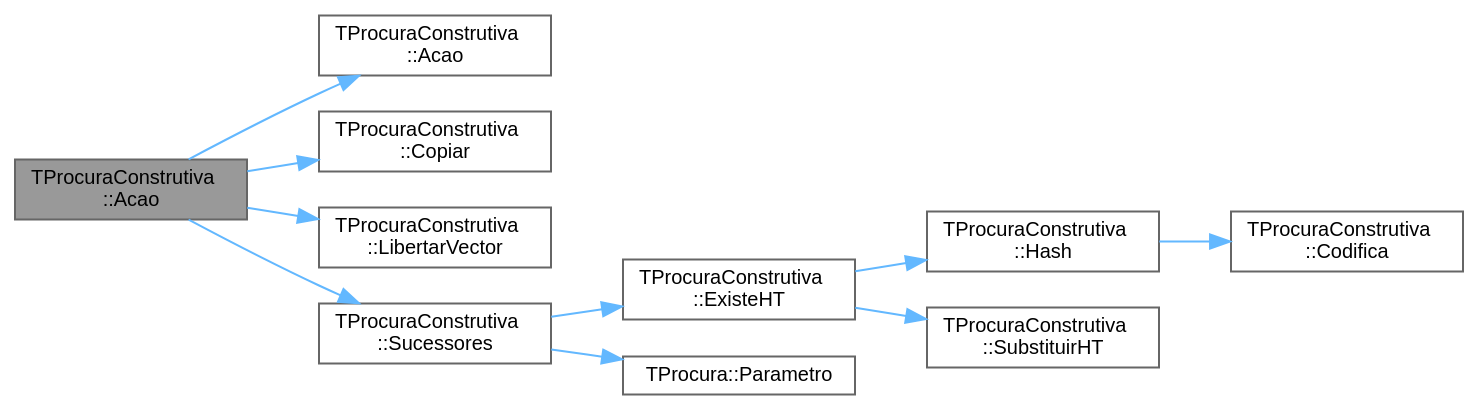
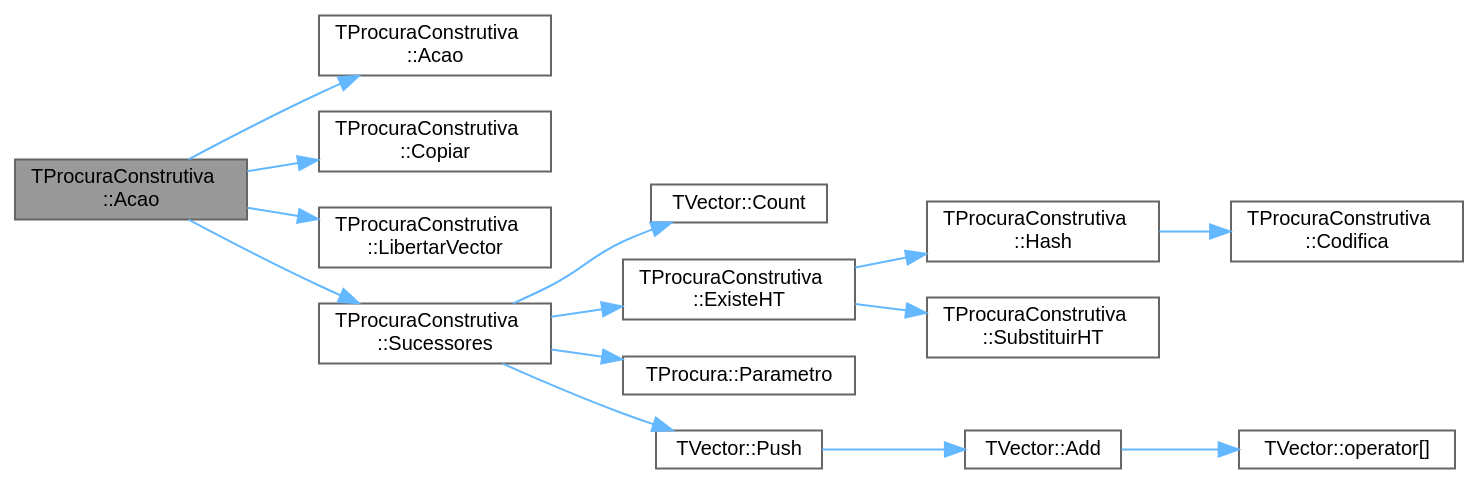
The diagram in group__RedefinicaoOpcional_gacccf4fbb52126ba19bfc456c0c6d5214_cgraph.dot (jcoelho72/TProcura), drawn with Graphviz before and after one commit. The commit also changed 331 other files, not shown here.

```diff
--- a/group__RedefinicaoOpcional_gacccf4fbb52126ba19bfc456c0c6d5214_cgraph.dot
+++ b/group__RedefinicaoOpcional_gacccf4fbb52126ba19bfc456c0c6d5214_cgraph.dot
@@ -1,27 +1,35 @@
 digraph "TProcuraConstrutiva::Acao"
 {
  // LATEX_PDF_SIZE
   bgcolor="transparent";
   edge [fontname=Helvetica,fontsize=10,labelfontname=Helvetica,labelfontsize=10];
   node [fontname=Helvetica,fontsize=10,shape=box,height=0.2,width=0.4];
   rankdir="LR";
   Node1 [id="Node000001",label="TProcuraConstrutiva\l::Acao",height=0.2,width=0.4,color="gray40", fillcolor="grey60", style="filled", fontcolor="black",tooltip="Executa a ação (movimento, passo, jogada, lance, etc.) no estado atual."];
   Node1 -> Node2 [id="edge1_Node000001_Node000002",color="steelblue1",style="solid",tooltip=" "];
   Node2 [id="Node000002",label="TProcuraConstrutiva\l::Acao",height=0.2,width=0.4,color="grey40", fillcolor="white", style="filled",URL="$group__RedefinicaoSugerida.html#gacbc6e34f3a403d26d806f37b5cd739f6",tooltip="Retorna a ação (movimento, passo, jogada, lance, etc.) que gerou o sucessor."];
   Node1 -> Node3 [id="edge2_Node000001_Node000003",color="steelblue1",style="solid",tooltip=" "];
   Node3 [id="Node000003",label="TProcuraConstrutiva\l::Copiar",height=0.2,width=0.4,color="grey40", fillcolor="white", style="filled",URL="$group__RedefinicaoMandatoria.html#ga92eb7af76e68a20fe542afb459e7d642",tooltip="Fica com uma cópia do objecto."];
   Node1 -> Node4 [id="edge3_Node000001_Node000004",color="steelblue1",style="solid",tooltip=" "];
   Node4 [id="Node000004",label="TProcuraConstrutiva\l::LibertarVector",height=0.2,width=0.4,color="grey40", fillcolor="white", style="filled",URL="$classTProcuraConstrutiva.html#a976f17b2b53ce9ffc7d1795d291262df",tooltip=" "];
   Node1 -> Node5 [id="edge4_Node000001_Node000005",color="steelblue1",style="solid",tooltip=" "];
   Node5 [id="Node000005",label="TProcuraConstrutiva\l::Sucessores",height=0.2,width=0.4,color="grey40", fillcolor="white", style="filled",URL="$group__RedefinicaoMandatoria.html#ga0a13570d2f5a21296e3c10c2780e170c",tooltip="Coloca em sucessores a lista de estados sucessores."];
   Node5 -> Node6 [id="edge5_Node000005_Node000006",color="steelblue1",style="solid",tooltip=" "];
-  Node6 [id="Node000006",label="TProcuraConstrutiva\l::ExisteHT",height=0.2,width=0.4,color="grey40", fillcolor="white", style="filled",URL="$classTProcuraConstrutiva.html#ad7857beab462b4b09a37e70cc9c787ac",tooltip=" "];
-  Node6 -> Node7 [id="edge6_Node000006_Node000007",color="steelblue1",style="solid",tooltip=" "];
-  Node7 [id="Node000007",label="TProcuraConstrutiva\l::Hash",height=0.2,width=0.4,color="grey40", fillcolor="white", style="filled",URL="$classTProcuraConstrutiva.html#a70375188a6ee7775bc842a3e64f8e35c",tooltip=" "];
+  Node6 [id="Node000006",label="TVector::Count",height=0.2,width=0.4,color="grey40", fillcolor="white", style="filled",URL="$classTVector.html#ac3c744d84543ca6e32859eb7dfccfeef",tooltip=" "];
+  Node5 -> Node7 [id="edge6_Node000005_Node000007",color="steelblue1",style="solid",tooltip=" "];
+  Node7 [id="Node000007",label="TProcuraConstrutiva\l::ExisteHT",height=0.2,width=0.4,color="grey40", fillcolor="white", style="filled",URL="$classTProcuraConstrutiva.html#ad7857beab462b4b09a37e70cc9c787ac",tooltip=" "];
   Node7 -> Node8 [id="edge7_Node000007_Node000008",color="steelblue1",style="solid",tooltip=" "];
-  Node8 [id="Node000008",label="TProcuraConstrutiva\l::Codifica",height=0.2,width=0.4,color="grey40", fillcolor="white", style="filled",URL="$group__RedefinicaoSugerida.html#ga5ff46e85c8f1394c2502f17025284c11",tooltip="Codifica o estado para um vetor de inteiros de 64 bits."];
-  Node6 -> Node9 [id="edge8_Node000006_Node000009",color="steelblue1",style="solid",tooltip=" "];
-  Node9 [id="Node000009",label="TProcuraConstrutiva\l::SubstituirHT",height=0.2,width=0.4,color="grey40", fillcolor="white", style="filled",URL="$classTProcuraConstrutiva.html#a99b7a74f16f5a1b63b12bf629b902057",tooltip=" "];
-  Node5 -> Node10 [id="edge9_Node000005_Node000010",color="steelblue1",style="solid",tooltip=" "];
-  Node10 [id="Node000010",label="TProcura::Parametro",height=0.2,width=0.4,color="grey40", fillcolor="white", style="filled",URL="$classTProcura.html#a0e9e692f29af8a5d5279a8647c800437",tooltip=" "];
+  Node8 [id="Node000008",label="TProcuraConstrutiva\l::Hash",height=0.2,width=0.4,color="grey40", fillcolor="white", style="filled",URL="$classTProcuraConstrutiva.html#a70375188a6ee7775bc842a3e64f8e35c",tooltip=" "];
+  Node8 -> Node9 [id="edge8_Node000008_Node000009",color="steelblue1",style="solid",tooltip=" "];
+  Node9 [id="Node000009",label="TProcuraConstrutiva\l::Codifica",height=0.2,width=0.4,color="grey40", fillcolor="white", style="filled",URL="$group__RedefinicaoSugerida.html#ga5ff46e85c8f1394c2502f17025284c11",tooltip="Codifica o estado para um vetor de inteiros de 64 bits."];
+  Node7 -> Node10 [id="edge9_Node000007_Node000010",color="steelblue1",style="solid",tooltip=" "];
+  Node10 [id="Node000010",label="TProcuraConstrutiva\l::SubstituirHT",height=0.2,width=0.4,color="grey40", fillcolor="white", style="filled",URL="$classTProcuraConstrutiva.html#a99b7a74f16f5a1b63b12bf629b902057",tooltip=" "];
+  Node5 -> Node11 [id="edge10_Node000005_Node000011",color="steelblue1",style="solid",tooltip=" "];
+  Node11 [id="Node000011",label="TProcura::Parametro",height=0.2,width=0.4,color="grey40", fillcolor="white", style="filled",URL="$classTProcura.html#a0e9e692f29af8a5d5279a8647c800437",tooltip=" "];
+  Node5 -> Node12 [id="edge11_Node000005_Node000012",color="steelblue1",style="solid",tooltip=" "];
+  Node12 [id="Node000012",label="TVector::Push",height=0.2,width=0.4,color="grey40", fillcolor="white", style="filled",URL="$classTVector.html#afd25458f77157e6e8aa4ba0e6be3fb64",tooltip=" "];
+  Node12 -> Node13 [id="edge12_Node000012_Node000013",color="steelblue1",style="solid",tooltip=" "];
+  Node13 [id="Node000013",label="TVector::Add",height=0.2,width=0.4,color="grey40", fillcolor="white", style="filled",URL="$classTVector.html#aa28afdd47b27c5e004fc75b86d6f66a6",tooltip=" "];
+  Node13 -> Node14 [id="edge13_Node000013_Node000014",color="steelblue1",style="solid",tooltip=" "];
+  Node14 [id="Node000014",label="TVector::operator[]",height=0.2,width=0.4,color="grey40", fillcolor="white", style="filled",URL="$classTVector.html#a372a42fd7c4a94fee43db36d6a339b33",tooltip="Acesso por índice com auto-expansão."];
 }
```
